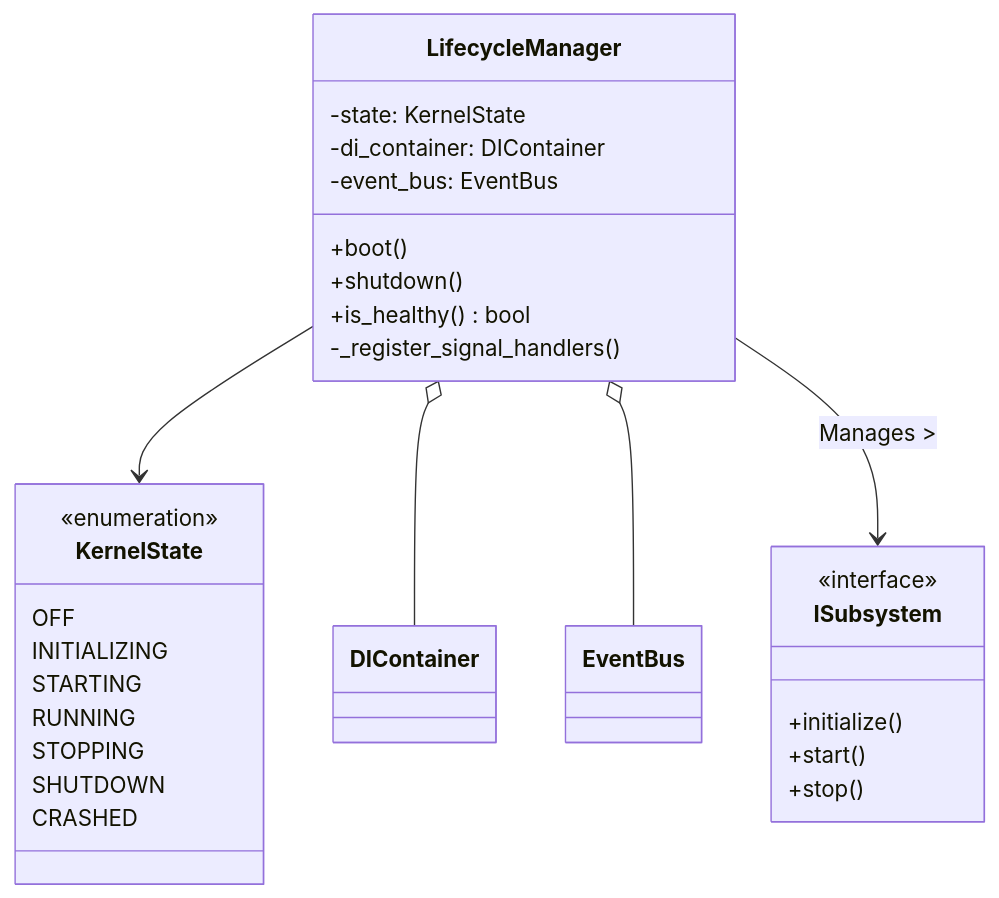
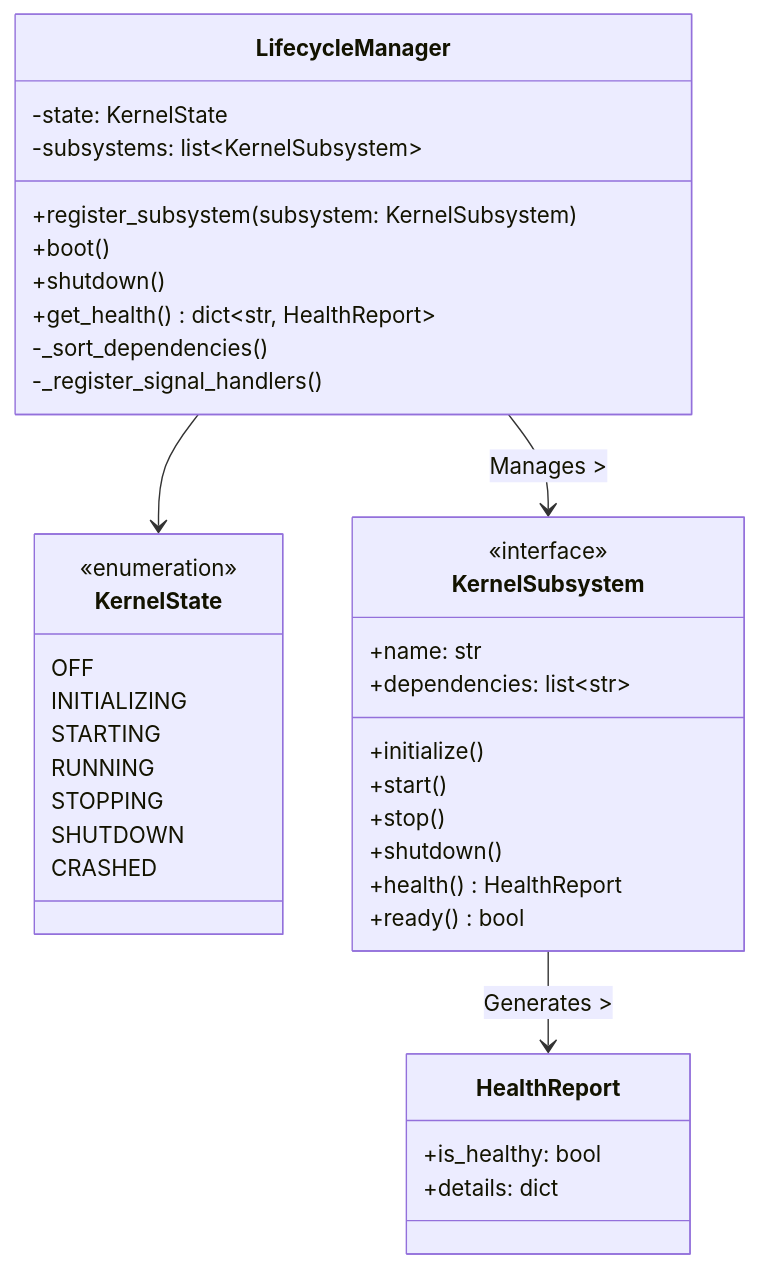
Before and after one commit to hulkavenger407-design/Jarvis-: the third of 3 diagrams in docs/proposals/subsystem-6-lifecycle-manager-design.md, drawn with Mermaid. The commit also changed other lines of this file and 1 other file, not shown here.

First line of the commit message:
docs(proposals): refine Subsystem 6 Lifecycle Manager architecture

````diff
--- a/docs/proposals/subsystem-6-lifecycle-manager-design.md
+++ b/docs/proposals/subsystem-6-lifecycle-manager-design.md
@@ -148,35 +197,45 @@
 ```mermaid
 classDiagram
     class KernelState {
         <<enumeration>>
         OFF
         INITIALIZING
         STARTING
         RUNNING
         STOPPING
         SHUTDOWN
         CRASHED
     }
 
+    class HealthReport {
+        +is_healthy: bool
+        +details: dict
+    }
+
     class LifecycleManager {
         -state: KernelState
-        -di_container: DIContainer
-        -event_bus: EventBus
+        -subsystems: list~KernelSubsystem~
+        +register_subsystem(subsystem: KernelSubsystem)
         +boot()
         +shutdown()
-        +is_healthy() bool
+        +get_health() dict~str, HealthReport~
+        -_sort_dependencies()
         -_register_signal_handlers()
     }
 
-    class ISubsystem {
+    class KernelSubsystem {
         <<interface>>
+        +name: str
+        +dependencies: list~str~
         +initialize()
         +start()
         +stop()
+        +shutdown()
+        +health() HealthReport
+        +ready() bool
     }
 
     LifecycleManager --> KernelState
-    LifecycleManager o-- DIContainer
-    LifecycleManager o-- EventBus
-    LifecycleManager --> ISubsystem : Manages >
+    LifecycleManager --> KernelSubsystem : Manages >
+    KernelSubsystem --> HealthReport : Generates >
 ```
````
